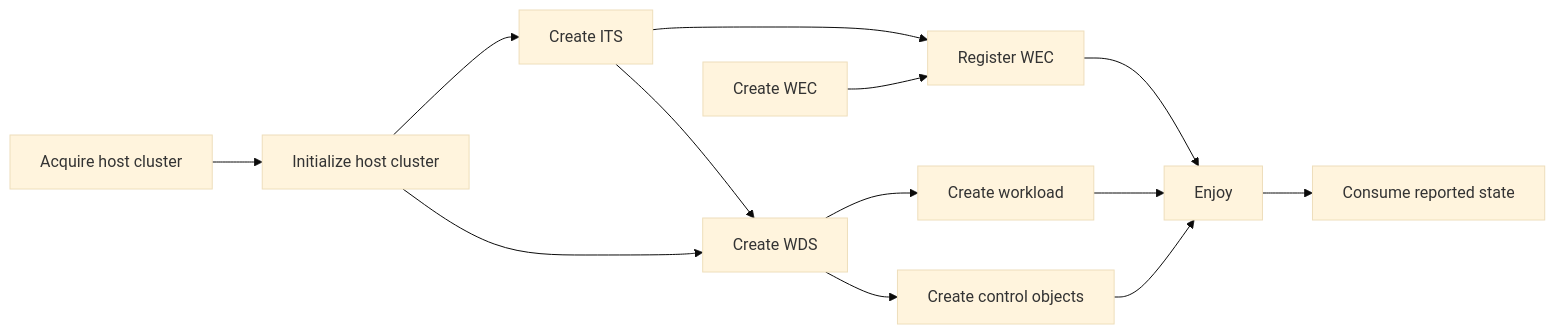
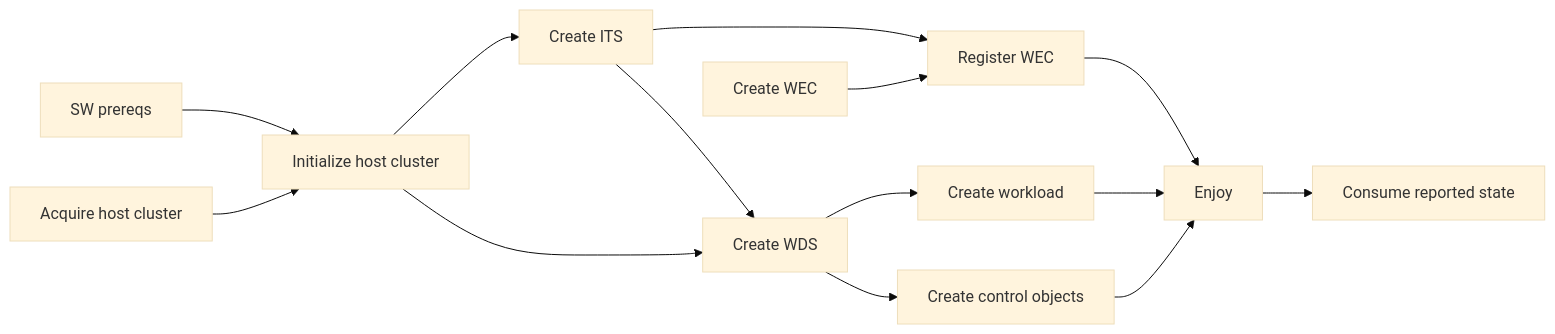
One commit to kubestellar/kubestellar changed the diagram in docs/content/direct/usage-basics.md. Above: the diagram before and after it, drawn with Mermaid (base theme). The commit also changed other lines of this file and 5 other files, not shown here.

````diff
--- a/docs/content/direct/usage-basics.md
+++ b/docs/content/direct/usage-basics.md
@@ -26,28 +25,30 @@
 ```mermaid
 ---
 KubeStellar activity ordering
 ---
 flowchart LR
+    step0[SW prereqs]
     step1[Acquire host cluster]
     step2[Initialize host cluster]
     step3i[Create ITS]
     step3w[Create WDS]
     step4[Create WEC]
     step5[Register WEC]
     step6[Create workload]
     step7[Create control objects]
     step8[Enjoy]
     step9[Consume reported state]
+    step0 --> step2
     step1 --> step2
     step2 --> step3i
     step2 --> step3w
     step4 --> step5
     step3i --> step5
     step3i --> step3w
     step3w --> step6
     step3w --> step7
     step5 --> step8
     step6 --> step8
     step7 --> step8
     step8 --> step9
 ```
````
